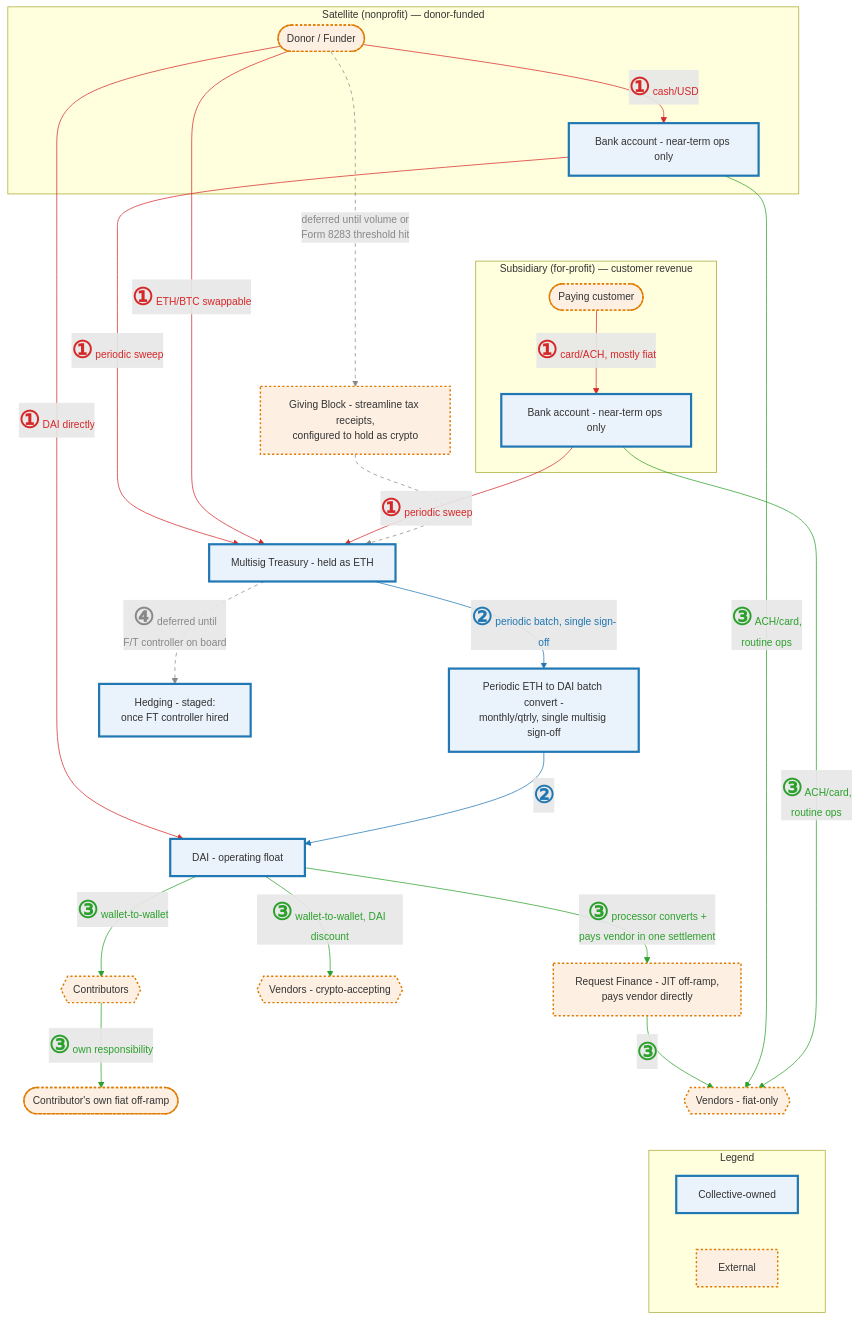
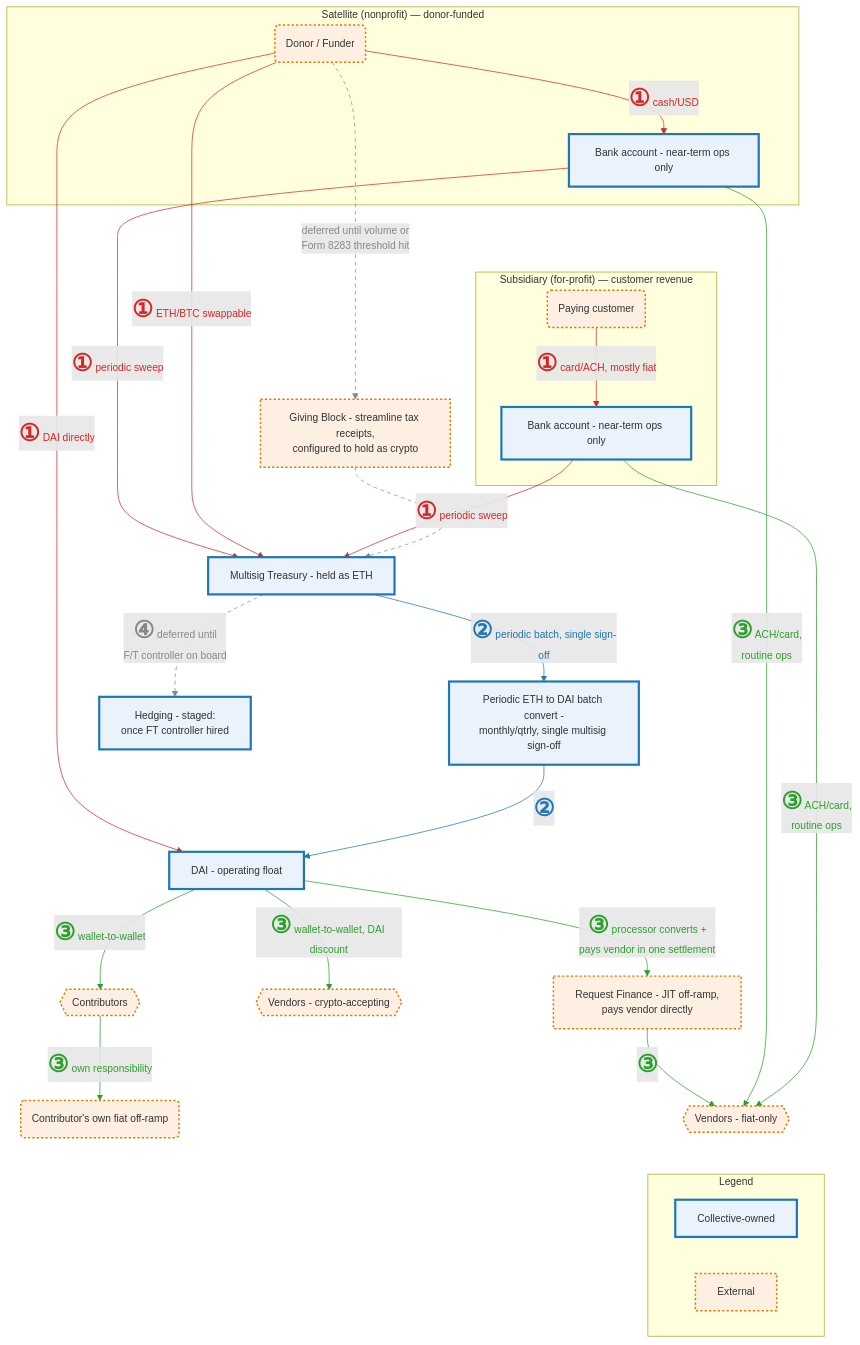
The diagram in governance/diagrams/fund-flows.mmd (doikayt/admin), drawn with Mermaid before and after one commit. The commit also changed 1 other file, not shown here.

Commit message:
docs: use rounded rectangles for dashed external nodes in fund-flows diagram
Mermaid's stadium shape draws its curved ends as separate paths, so the dashed border was
only applied to the straight edges. A rounded rectangle dashes evenly all the way around.

```diff
--- a/governance/diagrams/fund-flows.mmd
+++ b/governance/diagrams/fund-flows.mmd
@@ -1,66 +1,66 @@
 %%{init: {"themeVariables": {"fontSize": "14px"}}}%%
 flowchart TD
     subgraph SAT["Satellite (nonprofit) — donor-funded"]
-        Donor([Donor / Funder])
+        Donor(Donor / Funder)
         SatBank[Bank account - near-term ops only]
     end
 
     subgraph SUB["Subsidiary (for-profit) — customer revenue"]
-        Customer([Paying customer])
+        Customer(Paying customer)
         SubBank[Bank account - near-term ops only]
     end
 
     DonationProcessor[Giving Block - streamline tax receipts,<br/>configured to hold as crypto]
     Treasury[Multisig Treasury - held as ETH]
     BatchConvert[Periodic ETH to DAI batch convert -<br/>monthly/qtrly, single multisig sign-off]
     DAIFloat[DAI - operating float]
     Contributors{{Contributors}}
-    ContribOfframp([Contributor's own fiat off-ramp])
+    ContribOfframp(Contributor's own fiat off-ramp)
     VendorsCrypto{{Vendors - crypto-accepting}}
     OffRampJIT[Request Finance - JIT off-ramp,<br/>pays vendor directly]
     VendorsFiat{{Vendors - fiat-only}}
     Hedge[Hedging - staged:<br/>once FT controller hired]
 
     subgraph LEGEND["Legend"]
         L1[Collective-owned]
         L2[External]
     end
 
     Donor -- "<b style='font-size:2.3em'>①</b> cash/USD" --> SatBank
     SatBank -- "<b style='font-size:2.3em'>①</b> periodic sweep" --> Treasury
     Donor -- "<b style='font-size:2.3em'>①</b> DAI directly" --> DAIFloat
     Donor -- "<b style='font-size:2.3em'>①</b> ETH/BTC swappable" --> Treasury
     Customer -- "<b style='font-size:2.3em'>①</b> card/ACH, mostly fiat" --> SubBank
     SubBank -- "<b style='font-size:2.3em'>①</b> periodic sweep" --> Treasury
 
     Donor -.->|"deferred until volume or<br/>Form 8283 threshold hit"| DonationProcessor
 
     Treasury -- "<b style='font-size:2.3em'>②</b> periodic batch, single sign-off" --> BatchConvert
     BatchConvert -- "<b style='font-size:2.3em'>②</b>" --> DAIFloat
 
     DAIFloat -- "<b style='font-size:2.3em'>③</b> wallet-to-wallet" --> Contributors
     Contributors -- "<b style='font-size:2.3em'>③</b> own responsibility" --> ContribOfframp
     DAIFloat -- "<b style='font-size:2.3em'>③</b> wallet-to-wallet, DAI discount" --> VendorsCrypto
     DAIFloat -- "<b style='font-size:2.3em'>③</b> processor converts +<br/>pays vendor in one settlement" --> OffRampJIT
     OffRampJIT -- "<b style='font-size:2.3em'>③</b>" --> VendorsFiat
     SatBank -- "<b style='font-size:2.3em'>③</b> ACH/card,<br/>routine ops" --> VendorsFiat
     SubBank -- "<b style='font-size:2.3em'>③</b> ACH/card,<br/>routine ops" --> VendorsFiat
 
     Treasury -.->|"<b style='font-size:2.3em'>④</b> deferred until<br/>F/T controller on board"| Hedge
 
     SatBank ~~~ Customer
     VendorsFiat ~~~ LEGEND
     DonationProcessor -.-> Treasury
 
     linkStyle 0,1,2,3,4,5 stroke:#d62728,color:#d62728
     linkStyle 7,8 stroke:#1f77b4,color:#1f77b4
     linkStyle 9,10,11,12,13,14,15 stroke:#2ca02c,color:#2ca02c
     linkStyle 6,16,19 stroke:#888888,color:#888888,stroke-dasharray: 5 5
 
     classDef owned fill:#eaf2fb,stroke:#1f77b4,stroke-width:3px
     classDef external fill:#fdf0e3,stroke:#e07b00,stroke-width:2px,stroke-dasharray:3 3
     class L1 owned
     class L2 external
     class Treasury,SatBank,SubBank,BatchConvert,DAIFloat,Hedge owned
     class Donor,DonationProcessor,Customer,Contributors,ContribOfframp external
     class VendorsCrypto,OffRampJIT,VendorsFiat external
```
